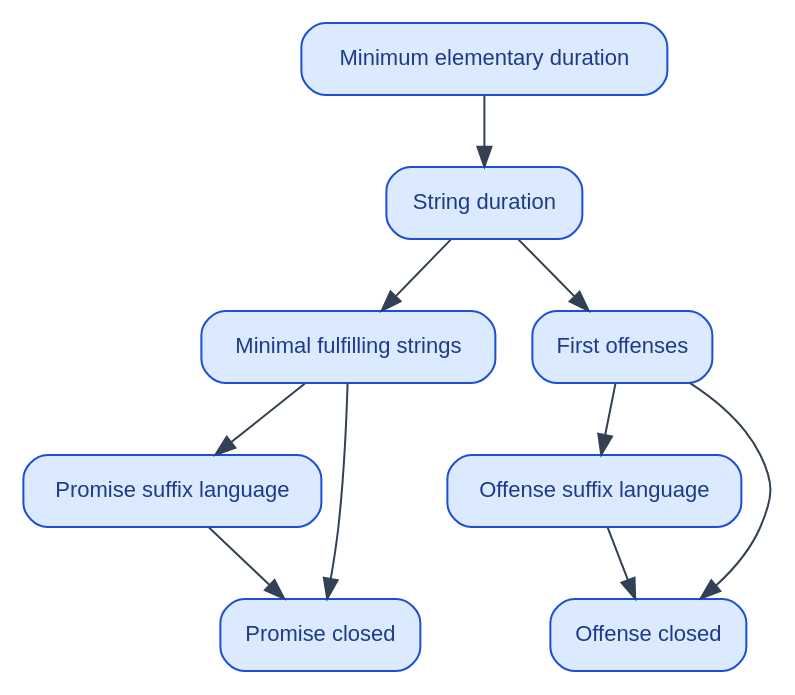
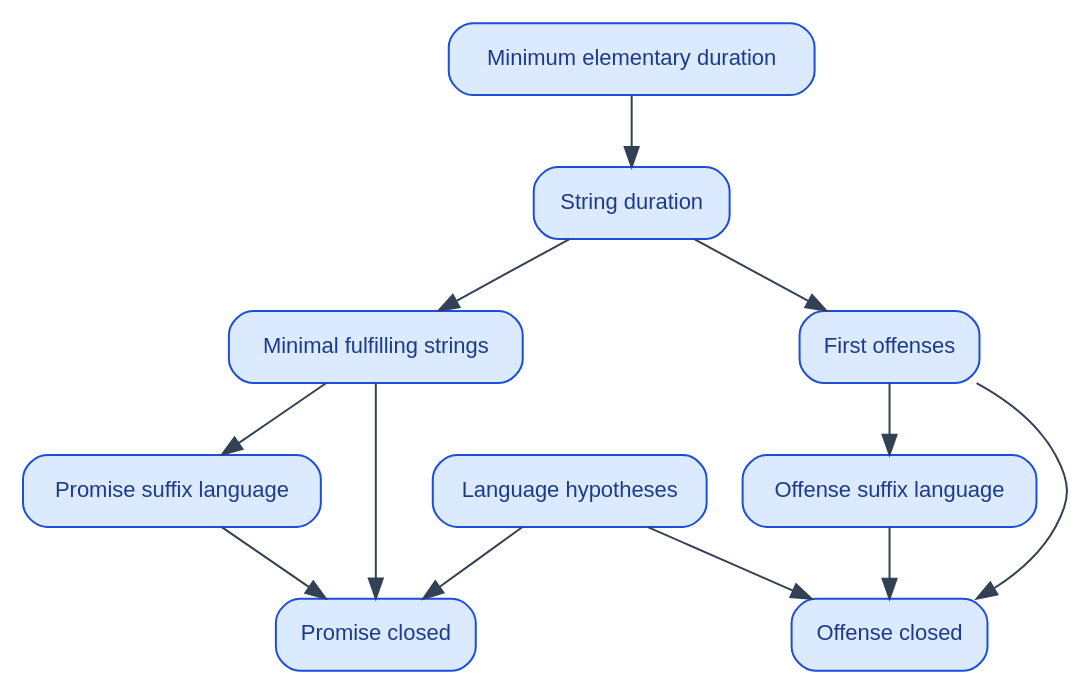
The diagram in Actions/Promise/Promise.dot (catskillsresearch/nowakowska1982), drawn with Graphviz before and after one commit. The commit also changed 8 other files, not shown here.

First line of the commit message:
Document LanguageHypotheses before its Promise CF importers.

```diff
--- a/Actions/Promise/Promise.dot
+++ b/Actions/Promise/Promise.dot
@@ -1,26 +1,29 @@
 digraph Promise {
   rankdir=TB;
   node [shape=box, style="rounded,filled", fillcolor="#dbeafe",
         color="#1d4ed8", fontname="Helvetica", fontsize=11, fontcolor="#1e3a8a"];
   edge [color="#334155"];
 
   // Labels = subsection titles. Edge A -> B means B imports A.
   minφ [label="Minimum elementary duration"];
   stringDuration [label="String duration"];
   HatT [label="Minimal fulfilling strings"];
   HatU [label="First offenses"];
   promiseSuffixLang [label="Promise suffix language"];
+  LanguageHypotheses [label="Language hypotheses"];
   offenseSuffixLang [label="Offense suffix language"];
   PromiseClosed [label="Promise closed"];
   OffenseClosed [label="Offense closed"];
 
   minφ -> stringDuration;
   stringDuration -> HatT;
   stringDuration -> HatU;
   HatT -> promiseSuffixLang;
   HatU -> offenseSuffixLang;
   HatT -> PromiseClosed;
   promiseSuffixLang -> PromiseClosed;
+  LanguageHypotheses -> PromiseClosed;
   HatU -> OffenseClosed;
   offenseSuffixLang -> OffenseClosed;
+  LanguageHypotheses -> OffenseClosed;
 }
```
